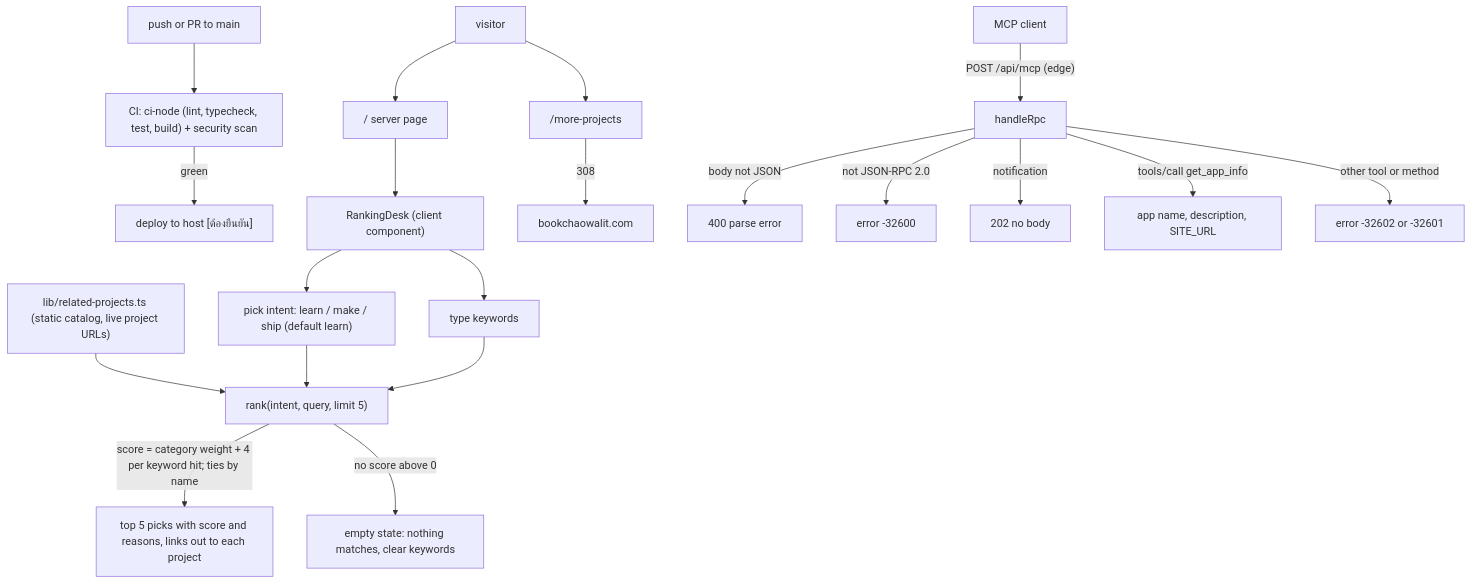
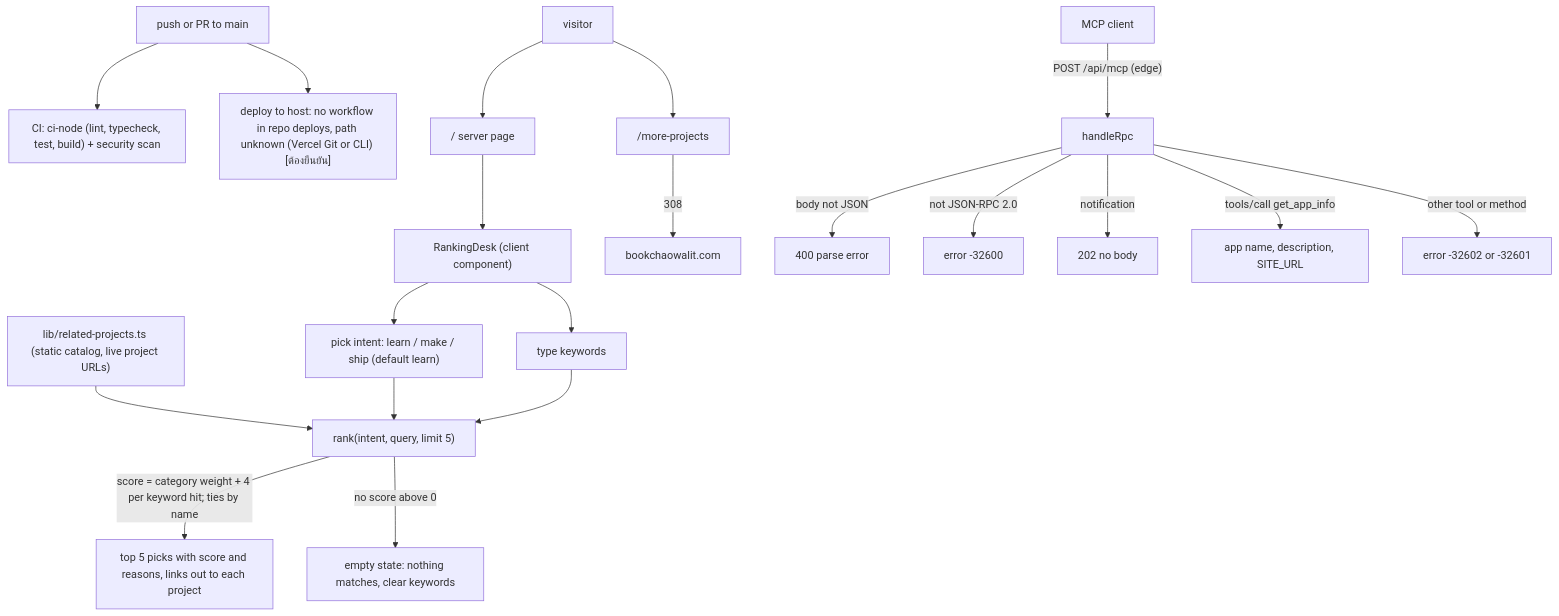
Before and after one commit to bookchaowalit-ai/ai-recommendation-engine-web: the first of 2 diagrams in docs/diagrams/01-business-process.md, drawn with Mermaid.

Commit message:
docs: correct As-Is/To-Be facts from review (01-business-process)

````diff
--- a/docs/diagrams/01-business-process.md
+++ b/docs/diagrams/01-business-process.md
@@ -9,21 +9,21 @@
 ```mermaid
 flowchart TD
   DEV["push or PR to main"] --> CI["CI: ci-node (lint, typecheck, test, build) + security scan"]
-  CI -->|green| DEPLOY["deploy to host [ต้องยืนยัน]"]
+  DEV --> DEPLOY["deploy to host: no workflow in repo deploys, path unknown (Vercel Git or CLI) [ต้องยืนยัน]"]
   CAT["lib/related-projects.ts (static catalog, live project URLs)"] --> RANK["rank(intent, query, limit 5)"]
   VISITOR["visitor"] --> PAGE["/ server page"]
   PAGE --> DESK["RankingDesk (client component)"]
   DESK --> INTENT["pick intent: learn / make / ship (default learn)"]
   DESK --> KEYS["type keywords"]
   INTENT --> RANK
   KEYS --> RANK
   RANK -->|"score = category weight + 4 per keyword hit; ties by name"| PICKS["top 5 picks with score and reasons, links out to each project"]
   RANK -->|"no score above 0"| NONE["empty state: nothing matches, clear keywords"]
   VISITOR --> OLD["/more-projects"] -->|"308"| HUB["bookchaowalit.com"]
   AGENT["MCP client"] -->|"POST /api/mcp (edge)"| RPC["handleRpc"]
   RPC -->|"body not JSON"| E400["400 parse error"]
   RPC -->|"not JSON-RPC 2.0"| EINV["error -32600"]
   RPC -->|"notification"| R202["202 no body"]
   RPC -->|"tools/call get_app_info"| INFO["app name, description, SITE_URL"]
   RPC -->|"other tool or method"| EOTHER["error -32602 or -32601"]
 ```
````
